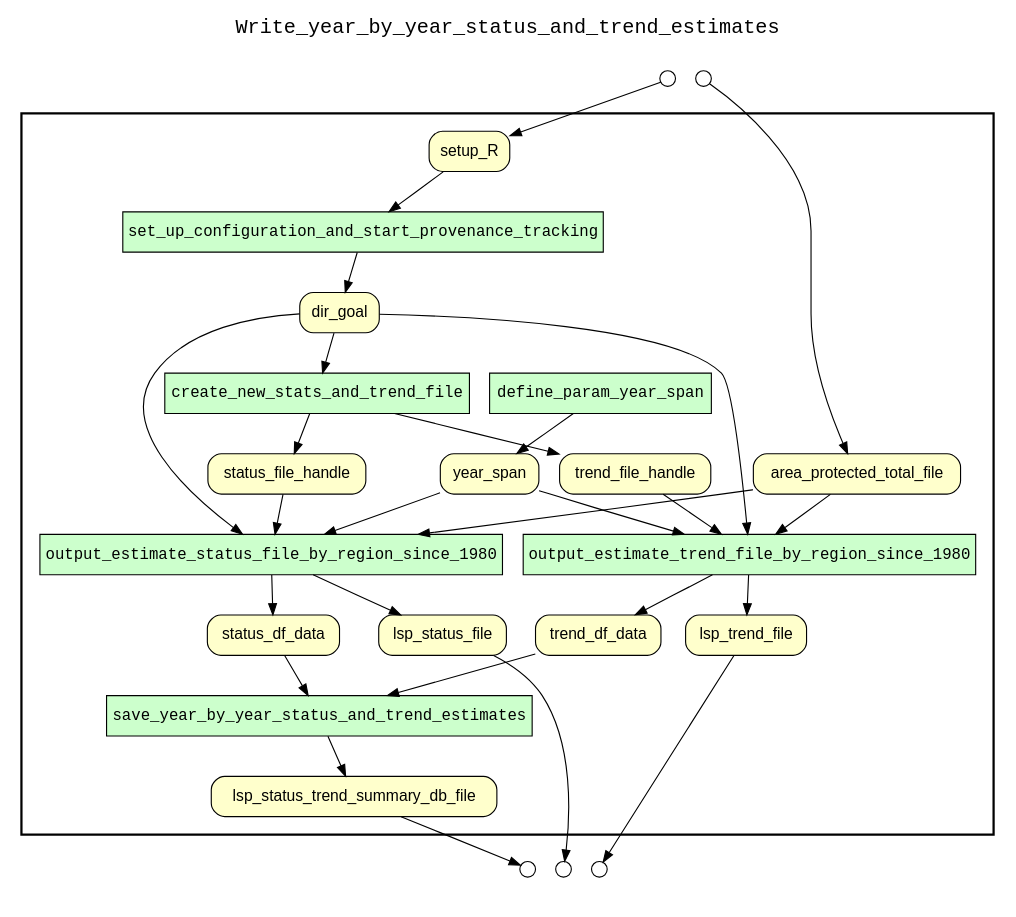
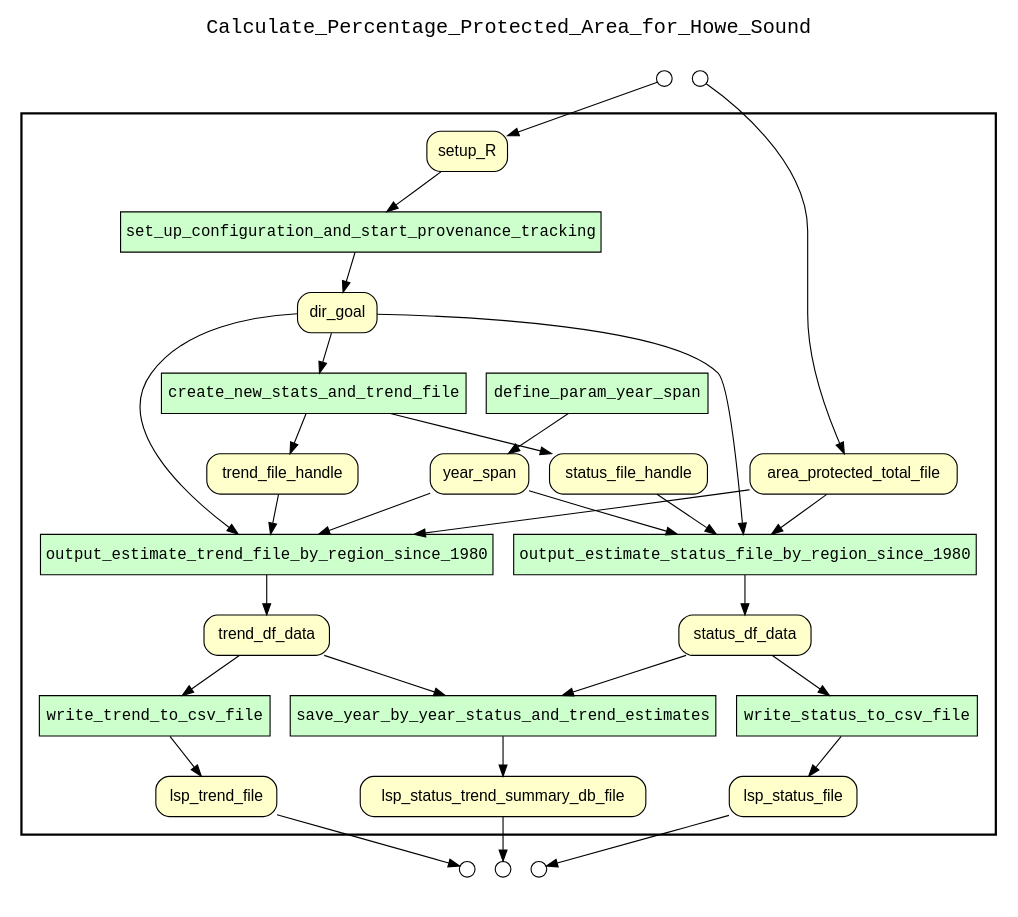
One commit to sycao5/runManager-multipleRuns changed the diagram in examples/OHIBC_Howe_Sound/hybrid provenance queries/examples/estimate_status_and_trend_by_year/results/complete_wf_graph.gv. Above: the diagram before and after it, drawn with Graphviz. The commit also changed 30 other files, not shown here.

Commit message:
Update yw annotations for estimate_status_and_trend_by_year.R hybrid query .

```diff
--- a/examples/OHIBC_Howe_Sound/hybrid provenance queries/examples/estimate_status_and_trend_by_year/results/complete_wf_graph.gv
+++ b/examples/OHIBC_Howe_Sound/hybrid provenance queries/examples/estimate_status_and_trend_by_year/results/complete_wf_graph.gv
@@ -1,69 +1,73 @@
 
 digraph yw_data_view {
 rankdir=TB
 fontname=Courier; fontsize=18; labelloc=t
-label="Write_year_by_year_status_and_trend_estimates"
+label="Calculate_Percentage_Protected_Area_for_Howe_Sound"
 subgraph cluster_workflow { label=""; color=black; penwidth=2
 subgraph cluster_workflow_inner { label=""; color=white
 node[shape=box style="filled" fillcolor="#CCFFCC" peripheries=1 fontname=Courier]
 set_up_configuration_and_start_provenance_tracking
 create_new_stats_and_trend_file
 define_param_year_span
 output_estimate_status_file_by_region_since_1980
+write_status_to_csv_file
 output_estimate_trend_file_by_region_since_1980
+write_trend_to_csv_file
 save_year_by_year_status_and_trend_estimates
 node[shape=box style="filled" fillcolor="#CCFFCC" peripheries=1 fontname=Courier]
 node[shape=box style="rounded,filled" fillcolor="#FFFFCC" peripheries=1 fontname=Helvetica]
 setup_R
 dir_goal
 status_file_handle
 trend_file_handle
 year_span
 area_protected_total_file
+status_df_data
 lsp_status_file
-status_df_data
+trend_df_data
 lsp_trend_file
-trend_df_data
 lsp_status_trend_summary_db_file
 node[shape=box style="rounded,filled" fillcolor="#FFFFFF" peripheries=1 fontname=Helvetica]
 }}
 subgraph cluster_inflows { label=""; color=white; penwidth=2
 subgraph cluster_inflows_inner { label=""; color=white
 node[shape=circle fillcolor="#FFFFFF" peripheries=1 width=0.2]
 setup_R_inflow [label=""]
 area_protected_total_file_inflow [label=""]
 }}
 subgraph cluster_outflows { label=""; color=white; penwidth=2
 subgraph cluster_outflows_inner { label=""; color=white
 node[shape=circle fillcolor="#FFFFFF" peripheries=1 width=0.2]
 lsp_status_trend_summary_db_file_outflow [label=""]
 lsp_trend_file_outflow [label=""]
 lsp_status_file_outflow [label=""]
 }}
 setup_R -> set_up_configuration_and_start_provenance_tracking
 dir_goal -> create_new_stats_and_trend_file
 dir_goal -> output_estimate_status_file_by_region_since_1980
 dir_goal -> output_estimate_trend_file_by_region_since_1980
 status_file_handle -> output_estimate_status_file_by_region_since_1980
 trend_file_handle -> output_estimate_trend_file_by_region_since_1980
 year_span -> output_estimate_status_file_by_region_since_1980
 year_span -> output_estimate_trend_file_by_region_since_1980
 area_protected_total_file -> output_estimate_status_file_by_region_since_1980
 area_protected_total_file -> output_estimate_trend_file_by_region_since_1980
+status_df_data -> write_status_to_csv_file
 status_df_data -> save_year_by_year_status_and_trend_estimates
+trend_df_data -> write_trend_to_csv_file
 trend_df_data -> save_year_by_year_status_and_trend_estimates
 set_up_configuration_and_start_provenance_tracking -> dir_goal
 create_new_stats_and_trend_file -> status_file_handle
 create_new_stats_and_trend_file -> trend_file_handle
 define_param_year_span -> year_span
-output_estimate_status_file_by_region_since_1980 -> lsp_status_file
 output_estimate_status_file_by_region_since_1980 -> status_df_data
-output_estimate_trend_file_by_region_since_1980 -> lsp_trend_file
+write_status_to_csv_file -> lsp_status_file
 output_estimate_trend_file_by_region_since_1980 -> trend_df_data
+write_trend_to_csv_file -> lsp_trend_file
 save_year_by_year_status_and_trend_estimates -> lsp_status_trend_summary_db_file
 setup_R_inflow -> setup_R
 area_protected_total_file_inflow -> area_protected_total_file
 lsp_status_trend_summary_db_file -> lsp_status_trend_summary_db_file_outflow
 lsp_trend_file -> lsp_trend_file_outflow
 lsp_status_file -> lsp_status_file_outflow
 }
```
